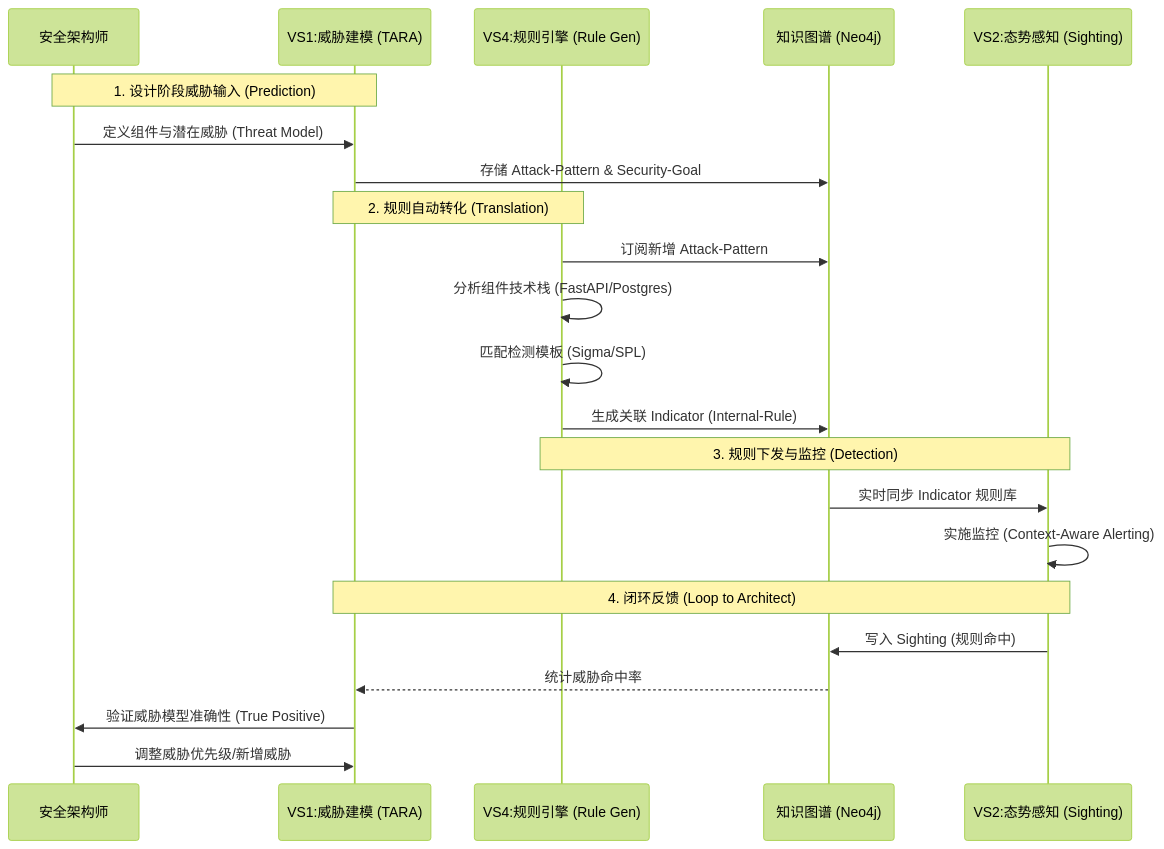
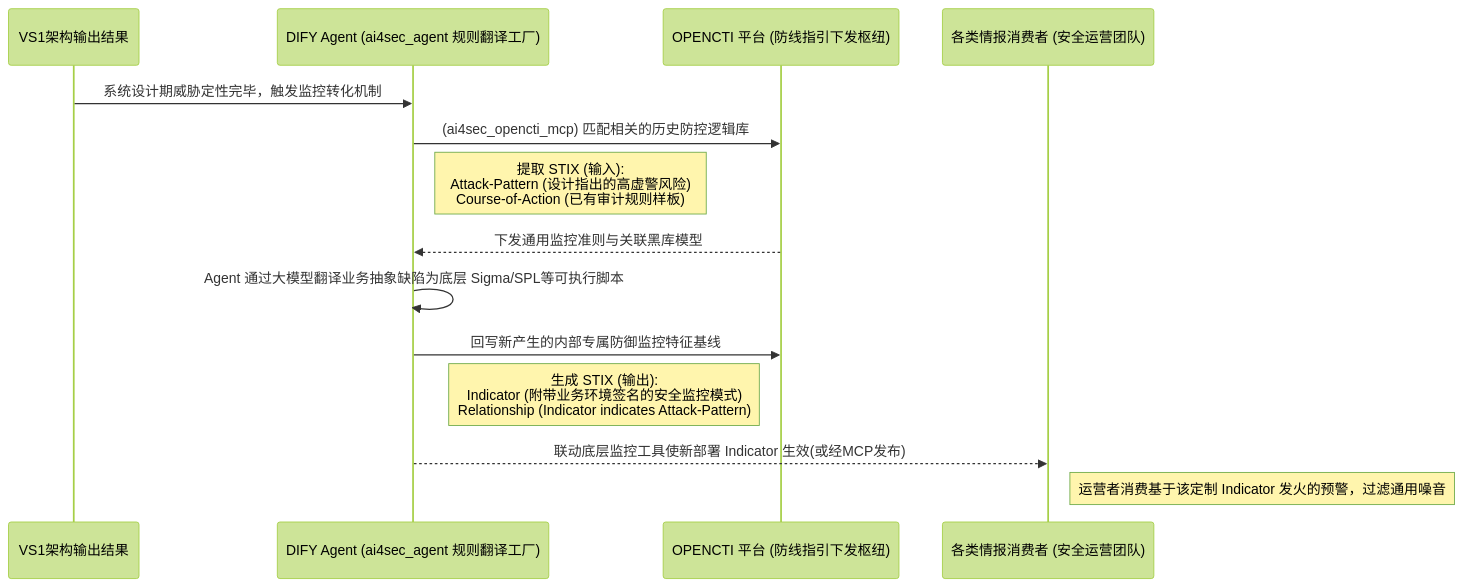
The diagram in design/userstories/value_stream_aligned/VS4-E2E_环境感知监控闭环_端到端用户故事.md (derekhu0002/AI4X-Platform-dify), drawn with Mermaid (forest theme) before and after one commit. The commit also changed 6 other files, not shown here.

````diff
--- a/design/userstories/value_stream_aligned/VS4-E2E_环境感知监控闭环_端到端用户故事.md
+++ b/design/userstories/value_stream_aligned/VS4-E2E_环境感知监控闭环_端到端用户故事.md
@@ -36,28 +36,22 @@
 ```mermaid
 sequenceDiagram
-    participant Architect as 安全架构师
-    participant Design as VS1:威胁建模 (TARA)
-    participant Engine as VS4:规则引擎 (Rule Gen)
-    participant Graph as 知识图谱 (Neo4j)
-    participant Ops as VS2:态势感知 (Sighting)
+    participant Design as VS1架构输出结果
+    participant Agent as DIFY Agent (ai4sec_agent 规则翻译工厂)
+    participant CTI as OPENCTI 平台 (防线指引下发枢纽)
+    participant Ops as 各类情报消费者 (安全运营团队)
+
+    Design->>Agent: 系统设计期威胁定性完毕，触发监控转化机制
     
-    note over Architect, Design: 1. 设计阶段威胁输入 (Prediction)
-    Architect->>Design: 定义组件与潜在威胁 (Threat Model)
-    Design->>Graph: 存储 Attack-Pattern & Security-Goal
+    Agent->>CTI: (ai4sec_opencti_mcp) 匹配相关的历史防控逻辑库
+    Note right of Agent: 提取 STIX (输入):<br/>Attack-Pattern (设计指出的高虚警风险)<br/>Course-of-Action (已有审计规则样板)
     
-    note over Design, Engine: 2. 规则自动转化 (Translation)
-    Engine->>Graph: 订阅新增 Attack-Pattern
-    Engine->>Engine: 分析组件技术栈 (FastAPI/Postgres)
-    Engine->>Engine: 匹配检测模板 (Sigma/SPL)
-    Engine->>Graph: 生成关联 Indicator (Internal-Rule)
+    CTI-->>Agent: 下发通用监控准则与关联黑库模型
+
+    Agent->>Agent: Agent 通过大模型翻译业务抽象缺陷为底层 Sigma/SPL等可执行脚本
     
-    note over Engine, Ops: 3. 规则下发与监控 (Detection)
-    Graph->>Ops: 实时同步 Indicator 规则库
-    Ops->>Ops: 实施监控 (Context-Aware Alerting)
+    Agent->>CTI: 回写新产生的内部专属防御监控特征基线
+    Note left of CTI: 生成 STIX (输出):<br/>Indicator (附带业务环境签名的安全监控模式)<br/>Relationship (Indicator indicates Attack-Pattern)
     
-    note over Ops, Design: 4. 闭环反馈 (Loop to Architect)
-    Ops->>Graph: 写入 Sighting (规则命中)
-    Graph-->>Design: 统计威胁命中率
-    Design->>Architect: 验证威胁模型准确性 (True Positive)
-    Architect->>Design: 调整威胁优先级/新增威胁
+    Agent-->>Ops: 联动底层监控工具使新部署 Indicator 生效(或经MCP发布)
+    Note right of Ops: 运营者消费基于该定制 Indicator 发火的预警，过滤通用噪音
 ```
````
